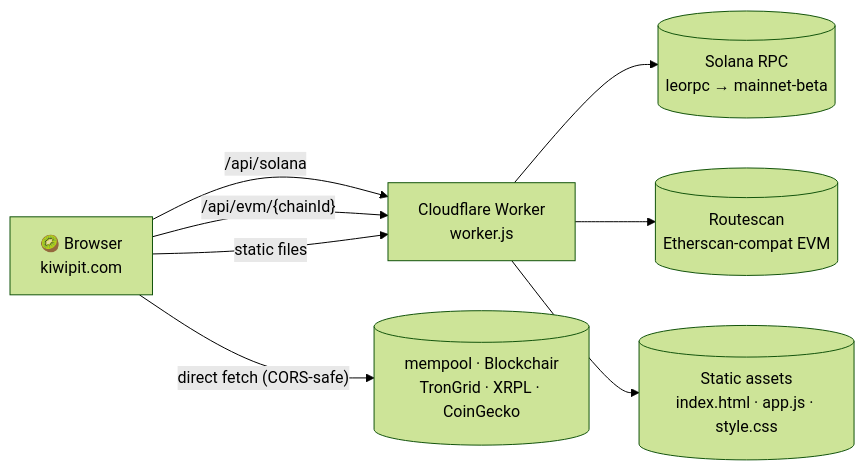
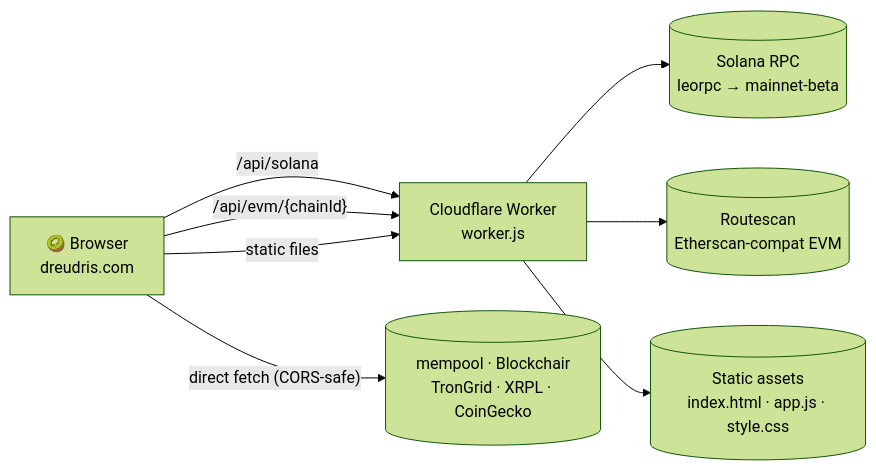
The diagram in README.md (dreudris/kiwipit), drawn with Mermaid (forest theme) before and after one commit. The commit also changed other lines of this file and 4 other files, not shown here.

First line of the commit message:
Move deployment from kiwipit.com to dreudris.com

````diff
--- a/README.md
+++ b/README.md
@@ -28,14 +28,14 @@
 ```mermaid
 flowchart LR
-    Browser["🥝 Browser<br/>kiwipit.com"]
+    Browser["🥝 Browser<br/>dreudris.com"]
     Worker["Cloudflare Worker<br/>worker.js"]
     Assets[("Static assets<br/>index.html · app.js · style.css")]
     Solana[("Solana RPC<br/>leorpc → mainnet-beta")]
     Routescan[("Routescan<br/>Etherscan-compat EVM")]
     Direct[("mempool · Blockchair<br/>TronGrid · XRPL · CoinGecko")]
 
     Browser -->|"/api/solana"| Worker --> Solana
     Browser -->|"/api/evm/{chainId}"| Worker --> Routescan
     Browser -->|"static files"| Worker --> Assets
     Browser -->|"direct fetch (CORS-safe)"| Direct
 ```
````
